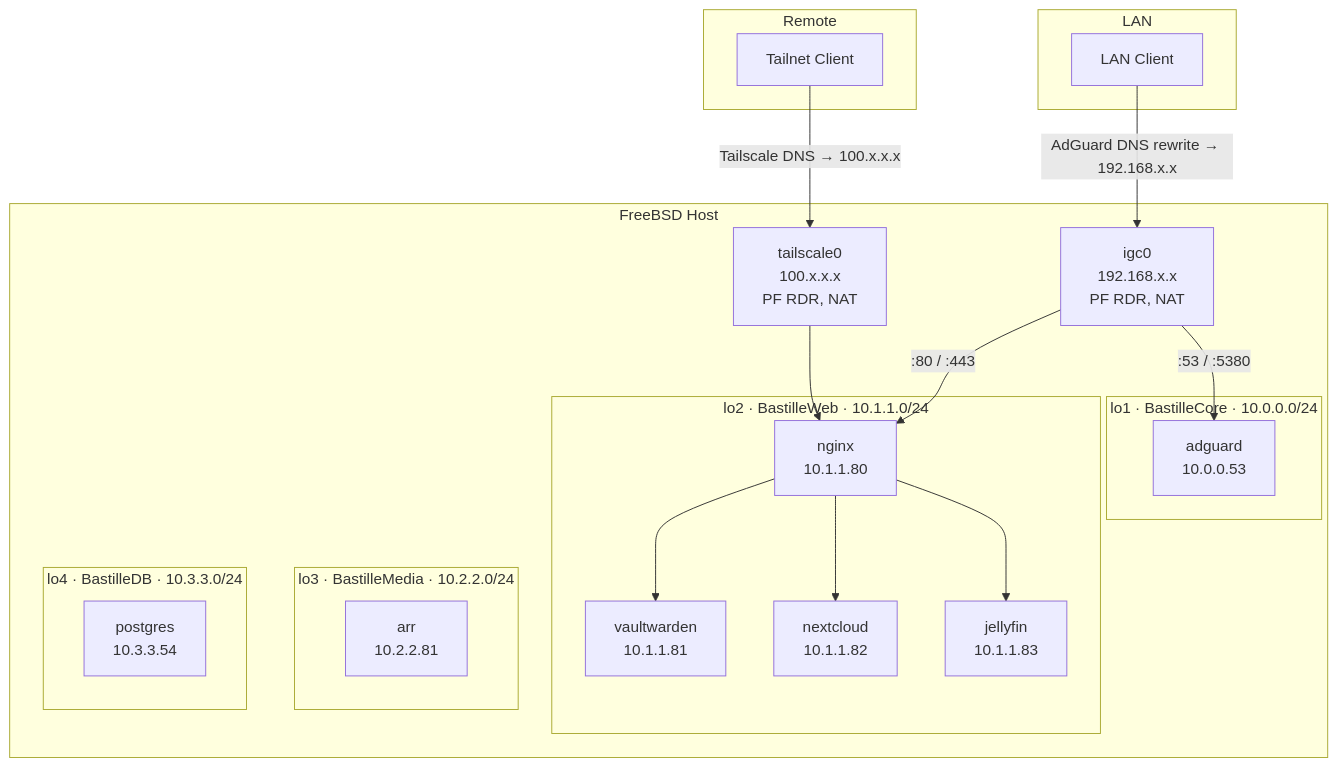
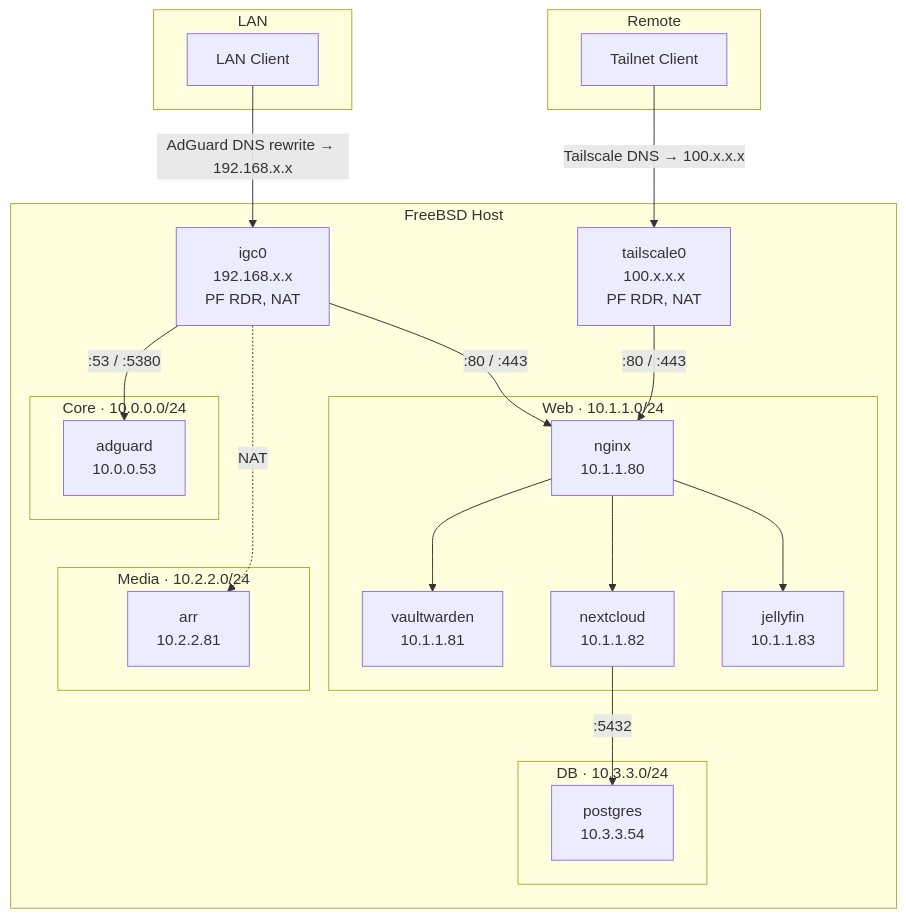
The diagram in README.md (falconakhil/Home-Lab), drawn with Mermaid before and after one commit. The commit also changed other lines of this file, not shown here.

Commit message:
minor fixes

````diff
--- a/README.md
+++ b/README.md
@@ -17,42 +17,45 @@
 ```mermaid
 flowchart TB
     subgraph Remote
         TailClient["Tailnet Client"]
     end
 
     subgraph LAN
         LanClient["LAN Client"]
     end
 
     subgraph Host["FreeBSD Host"]
         TS0["tailscale0<br/>100.x.x.x<br/>PF RDR, NAT"]
         IGC0["igc0<br/>192.168.x.x<br/>PF RDR, NAT"]
 
-        subgraph Core["lo1 · BastilleCore · 10.0.0.0/24"]
+        subgraph Core["Core · 10.0.0.0/24"]
             ADG["adguard<br/>10.0.0.53"]
         end
 
-        subgraph Web["lo2 · BastilleWeb · 10.1.1.0/24"]
+        subgraph Web["Web · 10.1.1.0/24"]
             Nginx["nginx<br/>10.1.1.80"]
             VW["vaultwarden<br/>10.1.1.81"]
             NC["nextcloud<br/>10.1.1.82"]
             JF["jellyfin<br/>10.1.1.83"]
         end
 
-        subgraph Media["lo3 · BastilleMedia · 10.2.2.0/24"]
+        subgraph Media["Media · 10.2.2.0/24"]
             ARR["arr<br/>10.2.2.81"]
         end
 
-        subgraph DB["lo4 · BastilleDB · 10.3.3.0/24"]
+        subgraph DB["DB · 10.3.3.0/24"]
             PG["postgres<br/>10.3.3.54"]
         end
     end
 
-    TailClient -->|"Tailscale DNS → 100.x.x.x"| TS0 --> Nginx
+    TailClient -->|"Tailscale DNS → 100.x.x.x"| TS0 -->|":80 / :443"| Nginx
     LanClient -->|"AdGuard DNS rewrite → 192.168.x.x"| IGC0
     IGC0 -->|":53 / :5380"| ADG
     IGC0 -->|":80 / :443"| Nginx
     Nginx --> VW
     Nginx --> NC
     Nginx --> JF
+    NC -->|":5432"| PG
+    IGC0 -.->|"NAT"| ARR
+    ADG ~~~ ARR
 ```
````
